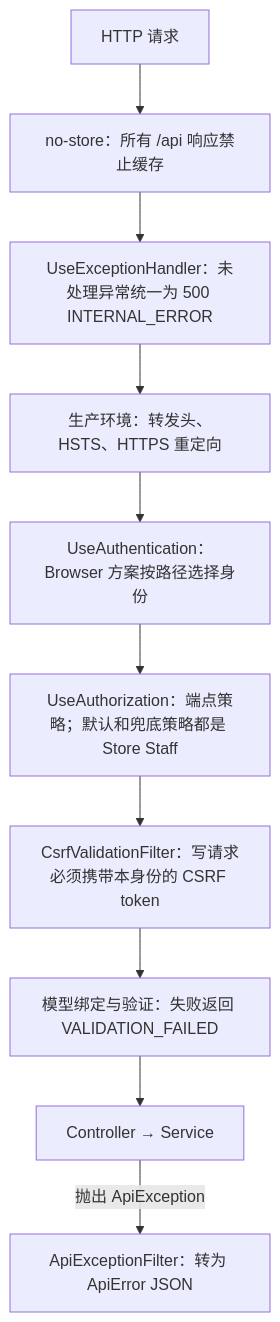
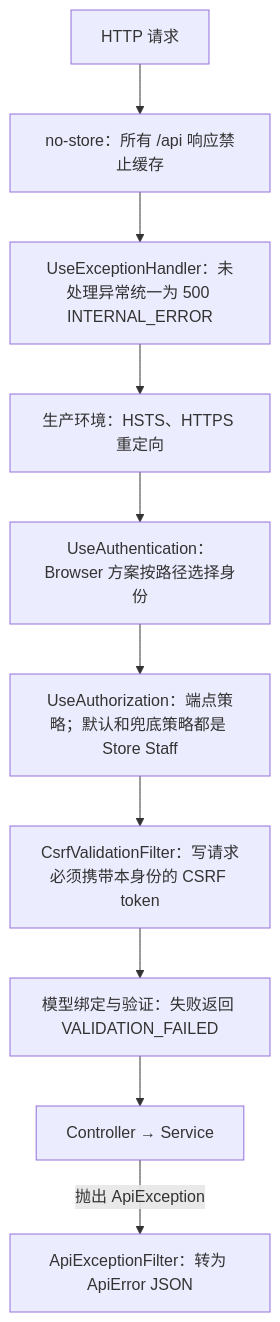
The second of 4 diagrams in docs/architecture.md (lorenzoyang/TavoloFlow), drawn with Mermaid before and after one commit. The commit also changed other lines of this file and 54 other files, not shown here.

````diff
--- a/docs/architecture.md
+++ b/docs/architecture.md
@@ -37,12 +37,12 @@
 ```mermaid
 flowchart TD
   R[HTTP 请求] --> N[no-store：所有 /api 响应禁止缓存]
   N --> X[UseExceptionHandler：未处理异常统一为 500 INTERNAL_ERROR]
-  X --> F[生产环境：转发头、HSTS、HTTPS 重定向]
+  X --> F[生产环境：HSTS、HTTPS 重定向]
   F --> AU[UseAuthentication：Browser 方案按路径选择身份]
   AU --> AZ[UseAuthorization：端点策略；默认和兜底策略都是 Store Staff]
   AZ --> CS[CsrfValidationFilter：写请求必须携带本身份的 CSRF token]
   CS --> MB[模型绑定与验证：失败返回 VALIDATION_FAILED]
   MB --> AC[Controller → Service]
   AC -->|抛出 ApiException| EF[ApiExceptionFilter：转为 ApiError JSON]
 ```
````
